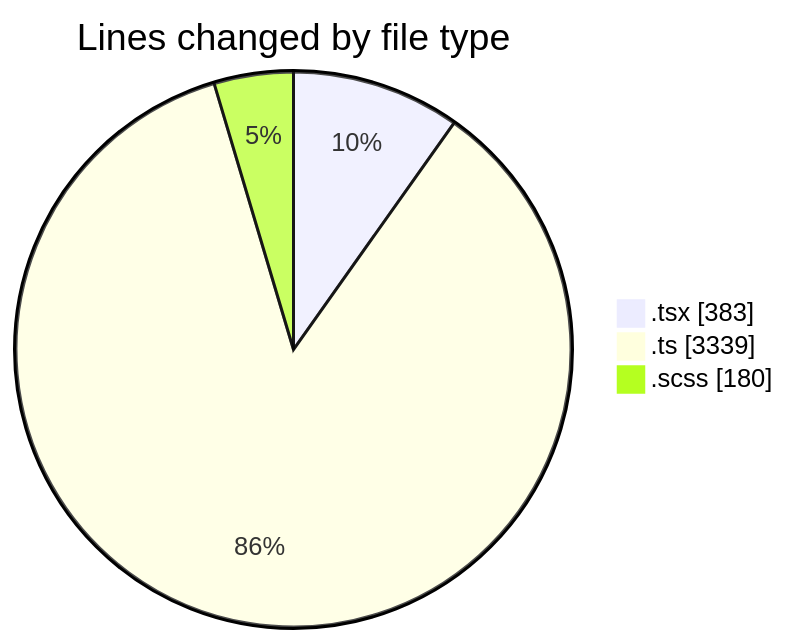
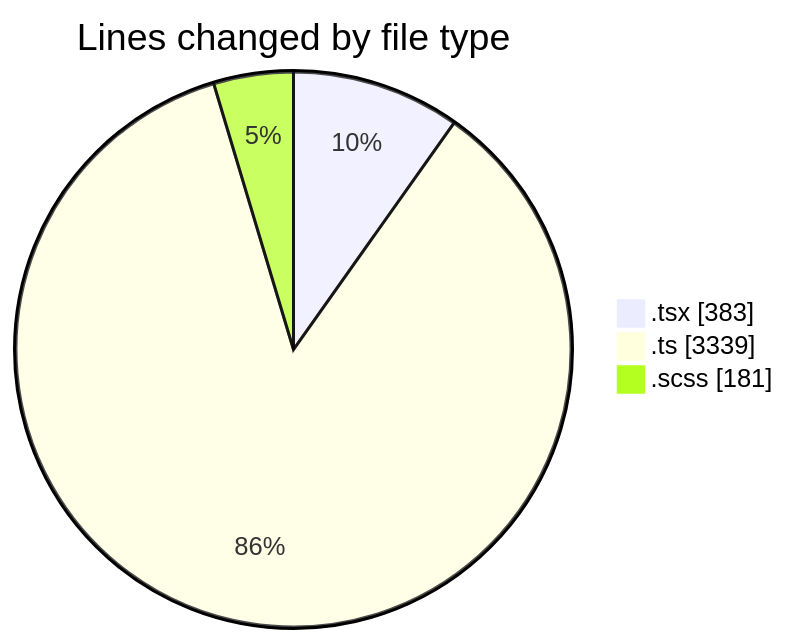
The first of 2 diagrams in 2025-09-17/cda/README.md (momahboobian/code-tracking), drawn with Mermaid before and after one commit. The commit also changed other lines of this file and 1 other file, not shown here.

````diff
--- a/2025-09-17/cda/README.md
+++ b/2025-09-17/cda/README.md
@@ -24,7 +24,7 @@
 ```mermaid
 pie showData
 title Lines changed by file type
 ".tsx" : 383
 ".ts" : 3339
-".scss" : 180
+".scss" : 181
 ```
````
